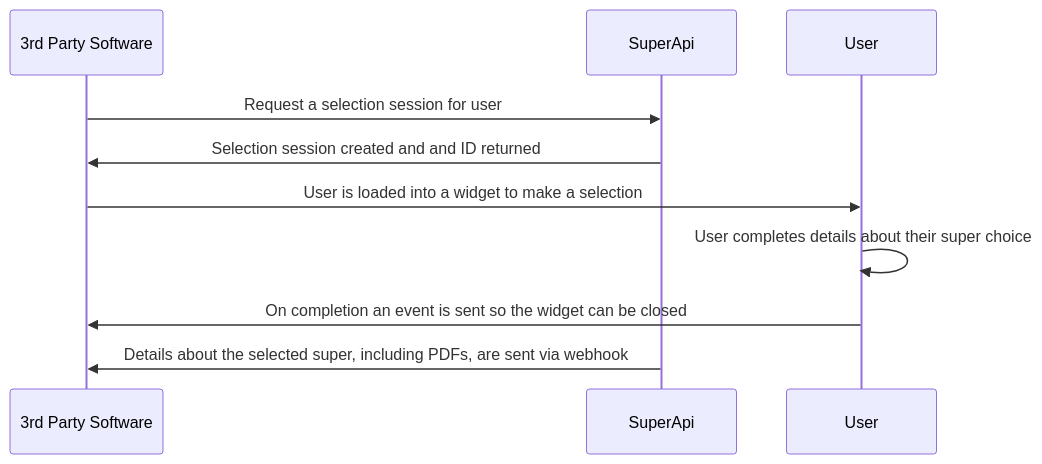
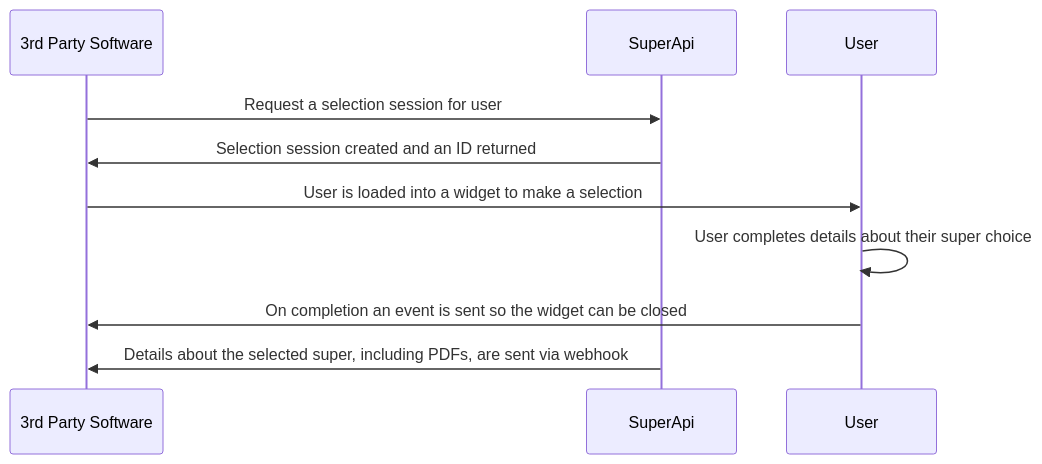
One commit to supersimplesuper/docs changed the diagram in website/docs/software_partners/explanations/overview/index.md. Above: the diagram before and after it, drawn with Mermaid. The commit also changed other lines of this file and 24 other files, not shown here.

````diff
--- a/website/docs/software_partners/explanations/overview/index.md
+++ b/website/docs/software_partners/explanations/overview/index.md
@@ -53,9 +53,9 @@
 ```mermaid
 sequenceDiagram
     3rd Party Software->>SuperApi: Request a selection session for user
-    SuperApi->>3rd Party Software: Selection session created and and ID returned
+    SuperApi->>3rd Party Software: Selection session created and an ID returned
     3rd Party Software->>User: User is loaded into a widget to make a selection
     User->>User: User completes details about their super choice
     User->>3rd Party Software: On completion an event is sent so the widget can be closed
     SuperApi->>3rd Party Software: Details about the selected super, including PDFs, are sent via webhook
 ```
````
